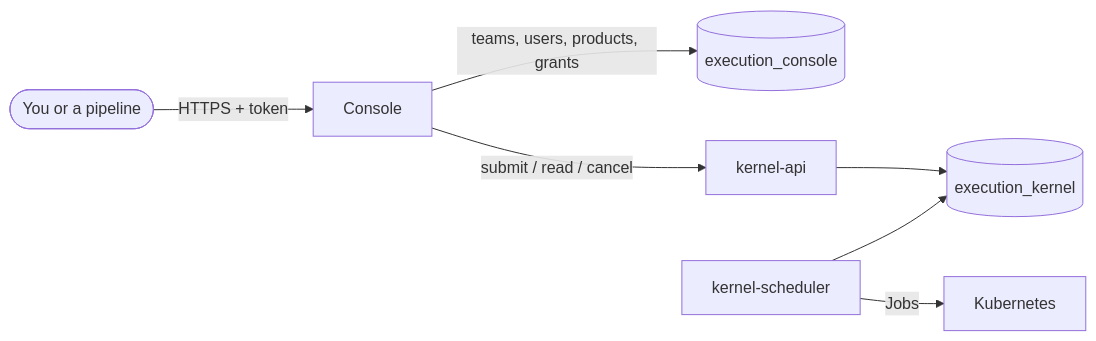
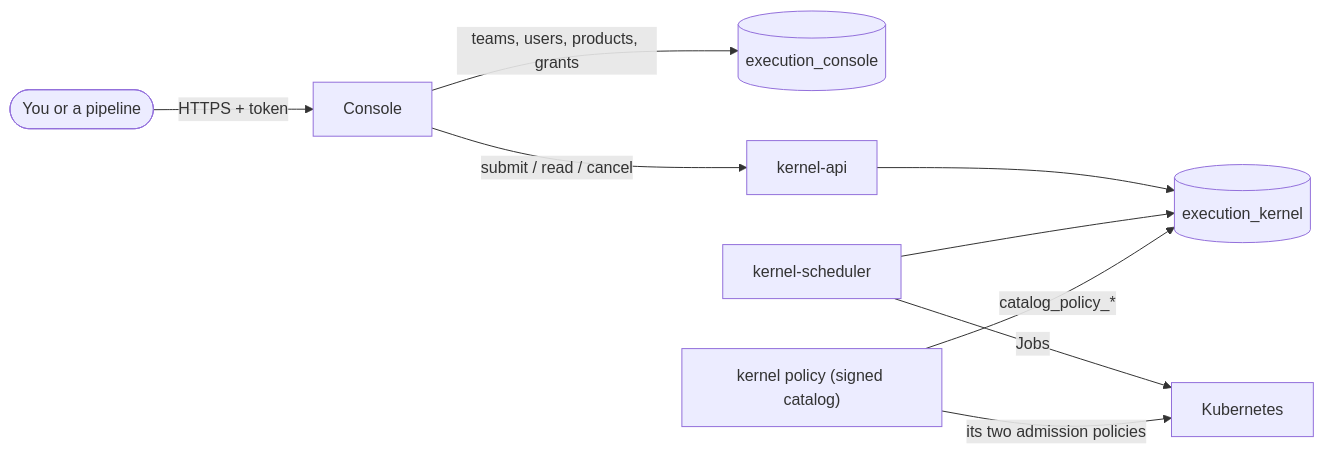
One commit to rburns629/vennir changed the first of 3 diagrams in console/docs/06-database-schemas.md. Above: the diagram before and after it, drawn with Mermaid. The commit also changed other lines of this file and 30 other files, not shown here.

````diff
--- a/console/docs/06-database-schemas.md
+++ b/console/docs/06-database-schemas.md
@@ -10,9 +10,11 @@
 ```mermaid
 flowchart LR
   you([You or a pipeline]) -->|HTTPS + token| console[Console]
   console -->|teams, users, products, grants| cdb[(execution_console)]
   console -->|submit / read / cancel| kapi[kernel-api]
   kapi --> kdb[(execution_kernel)]
   sched[kernel-scheduler] --> kdb
   sched -->|Jobs| k8s[Kubernetes]
+  pol["kernel policy (signed catalog)"] -->|catalog_policy_*| kdb
+  pol -->|its two admission policies| k8s
 ```
````
